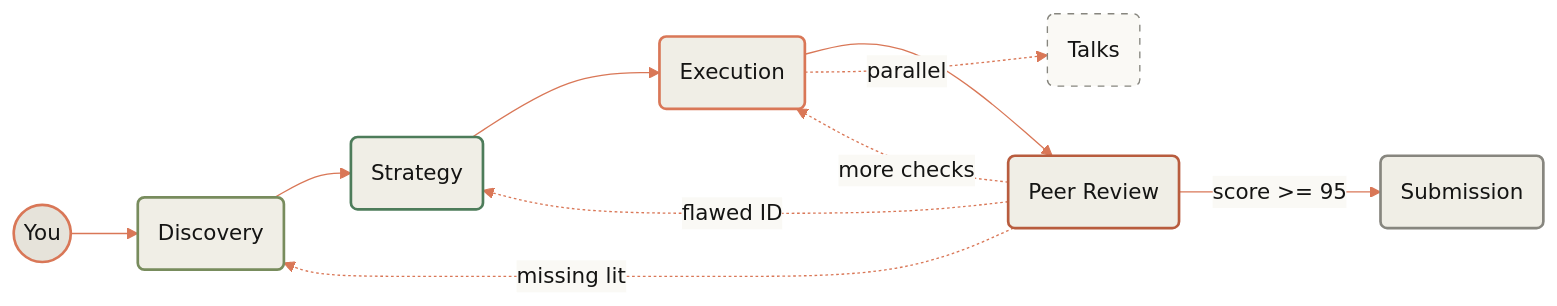
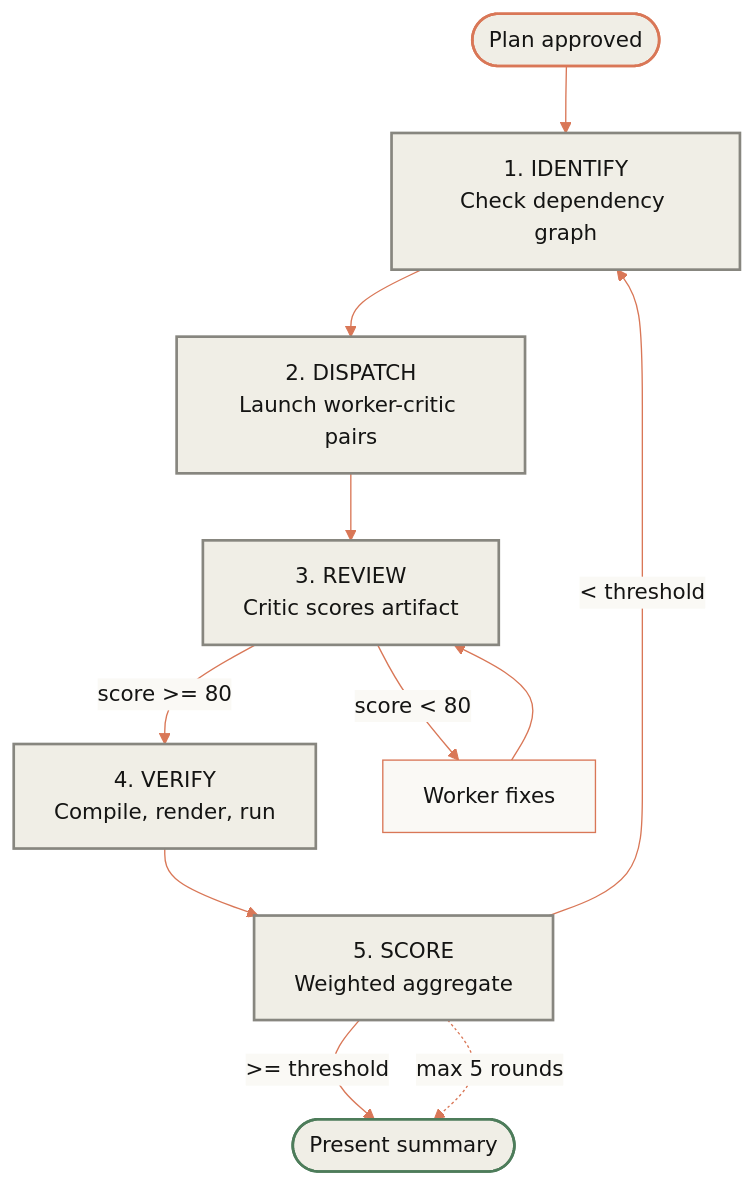
One commit to patrickjcrawford/cc-research-assistant changed the first of 2 diagrams in guide/architecture.qmd. Above: the diagram before and after it, drawn with Mermaid. The commit also changed other lines of this file and 11 other files, not shown here.

````diff
--- a/guide/architecture.qmd
+++ b/guide/architecture.qmd
@@ -18,29 +60,19 @@
 ```{mermaid}
 %%{init: {'theme': 'base', 'themeVariables': {'primaryColor': '#f0eee6', 'primaryTextColor': '#141413', 'primaryBorderColor': '#d1cfc5', 'lineColor': '#d97757', 'secondaryColor': '#faf9f5', 'tertiaryColor': '#e6e3da', 'edgeLabelBackground': '#faf9f5', 'clusterBkg': '#f0eee6', 'clusterBorder': '#d1cfc5'}}}%%
-flowchart LR
-    YOU:::start --> D:::phase1
-    D --> S:::phase2
-    S --> E:::phase3
-    E --> R:::phase4
-    R -->|score >= 95| SUB:::phase5
-    R -.->|missing lit| D
-    R -.->|flawed ID| S
-    R -.->|more checks| E
-    E -.->|parallel| T:::talks
+flowchart TD
+    START([Plan approved]):::start --> ID
+    ID[1. IDENTIFY\nCheck dependency graph]:::step --> DISP[2. DISPATCH\nLaunch worker-critic pairs]:::step
+    DISP --> REV[3. REVIEW\nCritic scores artifact]:::step
+    REV -->|score >= 80| VER[4. VERIFY\nCompile, render, run]:::step
+    REV -->|score < 80| FIX[Worker fixes]:::worker
+    FIX --> REV
+    VER --> SC[5. SCORE\nWeighted aggregate]:::step
+    SC -->|>= threshold| DONE([Present summary]):::approved
+    SC -->|< threshold| ID
+    SC -.->|max 5 rounds| DONE
 
-    YOU((You))
-    D(Discovery)
-    S(Strategy)
-    E(Execution)
-    R(Peer Review)
-    SUB(Submission)
-    T(Talks)
-
-    classDef start fill:#e6e3da,stroke:#d97757,color:#141413,stroke-width:2px
-    classDef phase1 fill:#f0eee6,stroke:#788c5d,color:#141413,stroke-width:2px
-    classDef phase2 fill:#f0eee6,stroke:#4d7c5a,color:#141413,stroke-width:2px
-    classDef phase3 fill:#f0eee6,stroke:#d97757,color:#141413,stroke-width:2px
-    classDef phase4 fill:#f0eee6,stroke:#b85c3e,color:#141413,stroke-width:2px
-    classDef phase5 fill:#f0eee6,stroke:#87867f,color:#141413,stroke-width:2px
-    classDef talks fill:#faf9f5,stroke:#87867f,color:#141413,stroke-width:1px,stroke-dasharray: 5 5
+    classDef start fill:#f0eee6,stroke:#d97757,color:#141413,stroke-width:2px
+    classDef step fill:#f0eee6,stroke:#87867f,color:#141413,stroke-width:2px
+    classDef worker fill:#faf9f5,stroke:#d97757,color:#141413,stroke-width:1px
+    classDef approved fill:#f0eee6,stroke:#4d7c5a,color:#141413,stroke-width:2px
 ```
````
